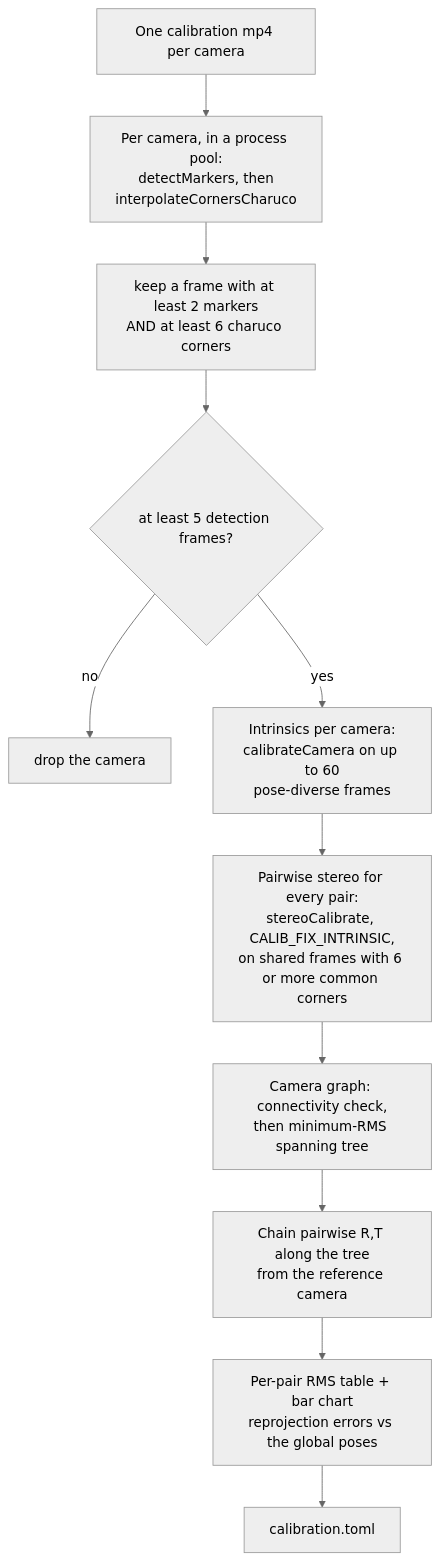
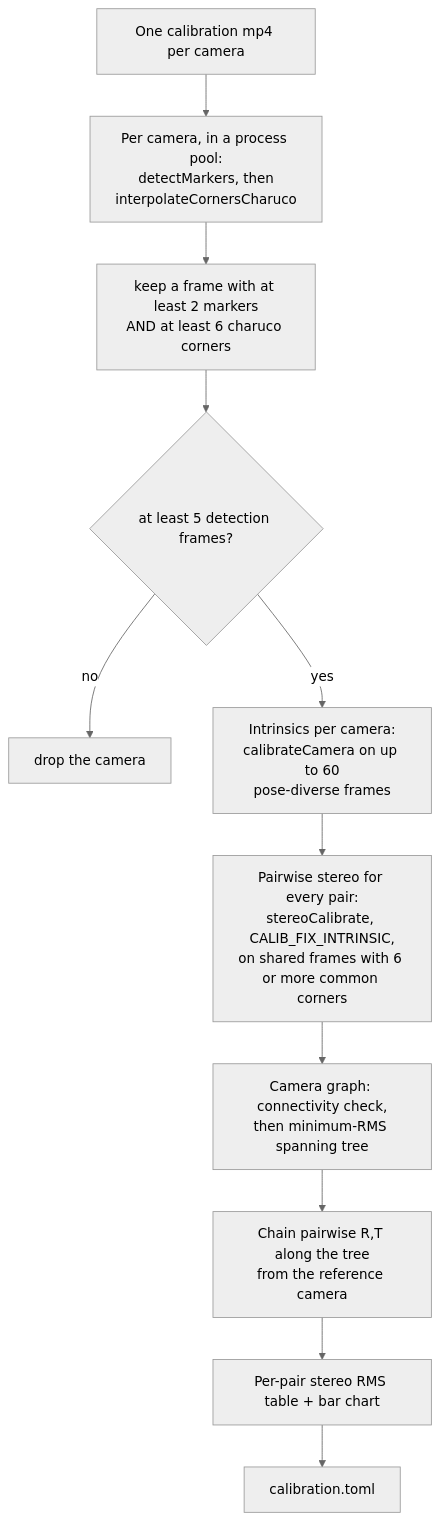
One commit to Elmaestrotango/3dpose changed the sixth of 6 diagrams in docs/INTERNALS.md. Above: the diagram before and after it, drawn with Mermaid (neutral theme). The commit also changed other lines of this file and 9 other files, not shown here.

````diff
--- a/docs/INTERNALS.md
+++ b/docs/INTERNALS.md
@@ -962,13 +1287,13 @@
 ```mermaid
 flowchart TD
   V["One calibration mp4 per camera"] --> D["Per camera, in a process pool:<br>detectMarkers, then<br>interpolateCornersCharuco"]
   D --> F["keep a frame with at least 2 markers<br>AND at least 6 charuco corners"]
   F --> ACT{"at least 5 detection frames?"}
   ACT -->|"no"| X["drop the camera"]
   ACT -->|"yes"| I["Intrinsics per camera:<br>calibrateCamera on up to 60<br>pose-diverse frames"]
   I --> PW["Pairwise stereo for every pair:<br>stereoCalibrate, CALIB_FIX_INTRINSIC,<br>on shared frames with 6 or more common corners"]
   PW --> G["Camera graph: connectivity check,<br>then minimum-RMS spanning tree"]
   G --> CH["Chain pairwise R,T along the tree<br>from the reference camera"]
-  CH --> Q["Per-pair RMS table + bar chart<br>reprojection errors vs the global poses"]
+  CH --> Q["Per-pair stereo RMS table + bar chart"]
   Q --> T["calibration.toml"]
 ```
````
